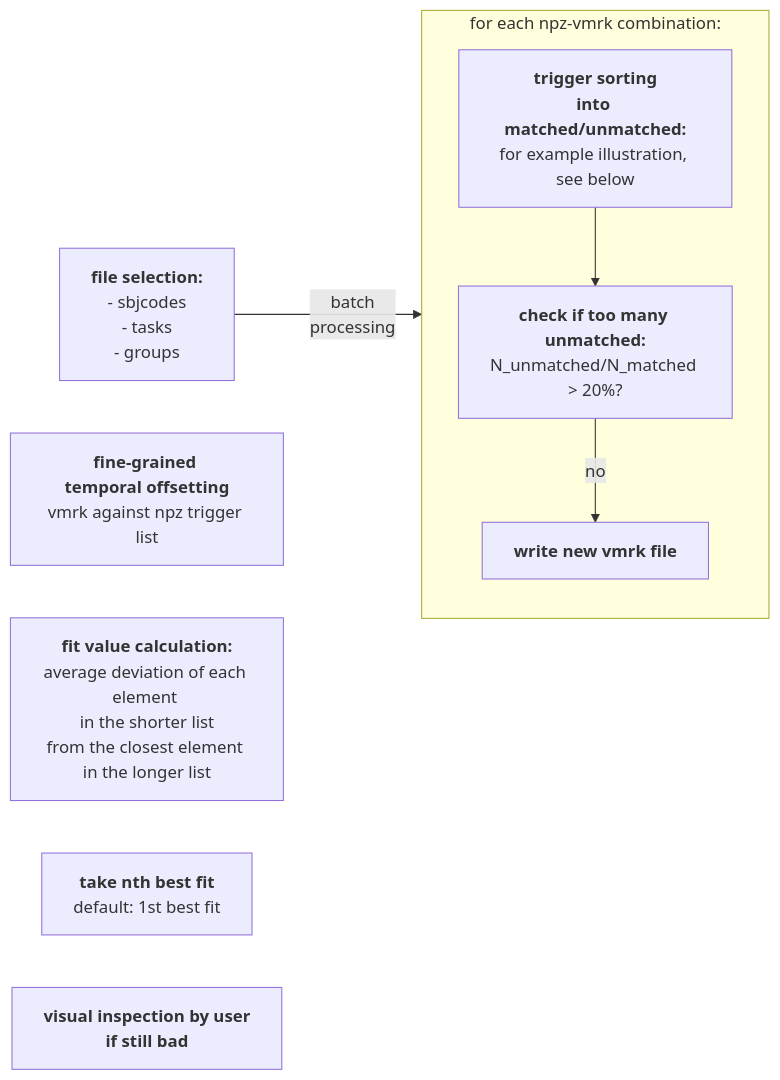
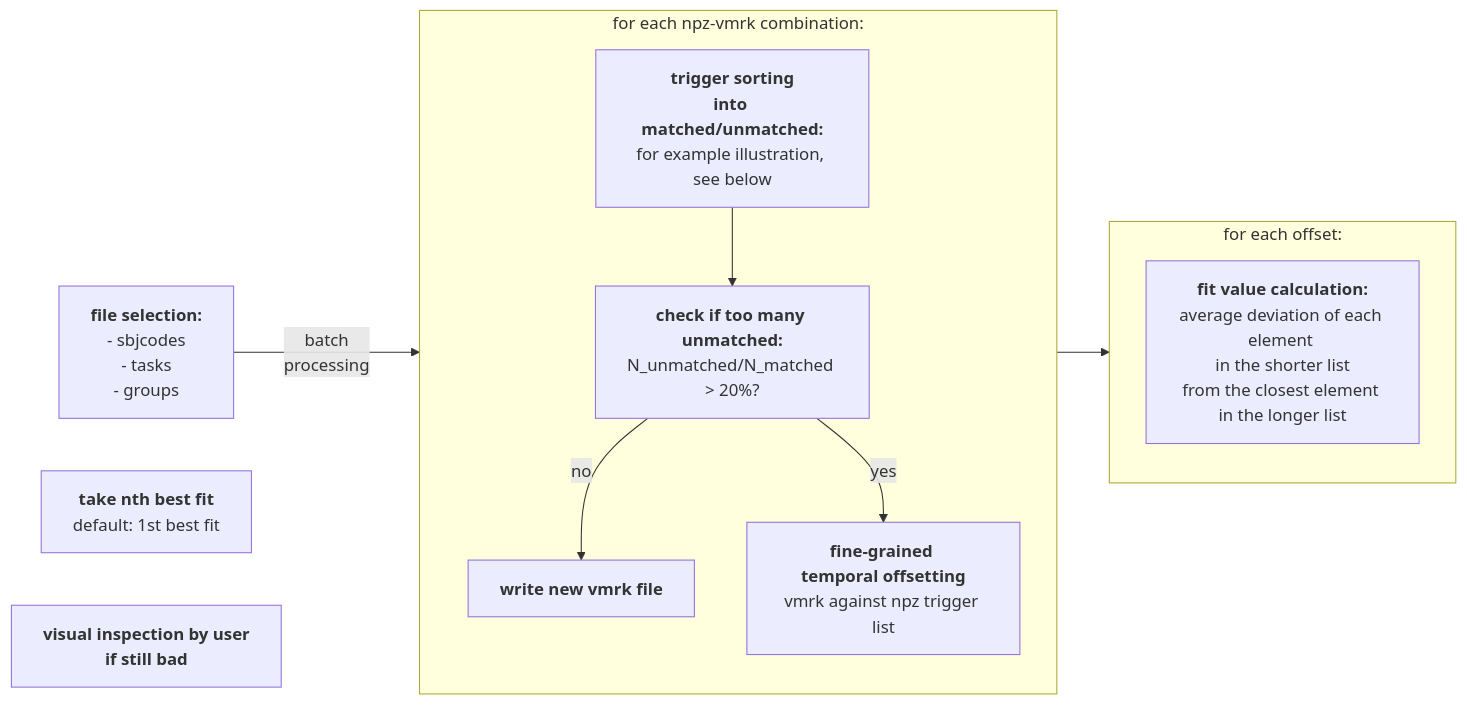
Before and after one commit to neuro-dream/Trigger-Fix: the diagram in README.md, drawn with Mermaid.

````diff
--- a/README.md
+++ b/README.md
@@ -6,25 +6,32 @@
 ```mermaid
 
 %% (function: <a href='https://github.com/neurodream/Trigger-Fix/blob/main/trigfix/trigger_compare_functions.py#L92'>apply_fix</a>)
 
 graph LR;
     A["<b>file selection:</b><br>- sbjcodes<br> - tasks<br> - groups"]
     B["<b>trigger sorting<br>into matched/unmatched:</b><br>for example illustration, see below"]
     C["<b>check if too many unmatched:</b><br>N_unmatched/N_matched > 20%?"]
     D["<b>fine-grained <br>temporal offsetting</b><br>vmrk against npz trigger list"]
     E["<b>fit value calculation:</b><br>average deviation of each element <br> in the shorter list <br>from the closest element <br>in the longer list"]
     F["<b>take nth best fit</b><br>default: 1st best fit"]
     G["<b>write new vmrk file</b>"]
     H["<b>visual inspection by user <br>if still bad</b>"]
 
 subgraph for_each_file_comb["for each npz-vmrk combination:"]
     direction TB
     B-->C;
     C-->|no|G;
+    C-->|yes|D;
+    
+end
+
+subgraph for_each_offset["for each offset:"]
+    E
 end
 
     A--"batch <br>processing"-->for_each_file_comb;
+    D-->for_each_offset;
     %% A-->C;
     %% B-->D;
     %% C-->D;
 ```
````
